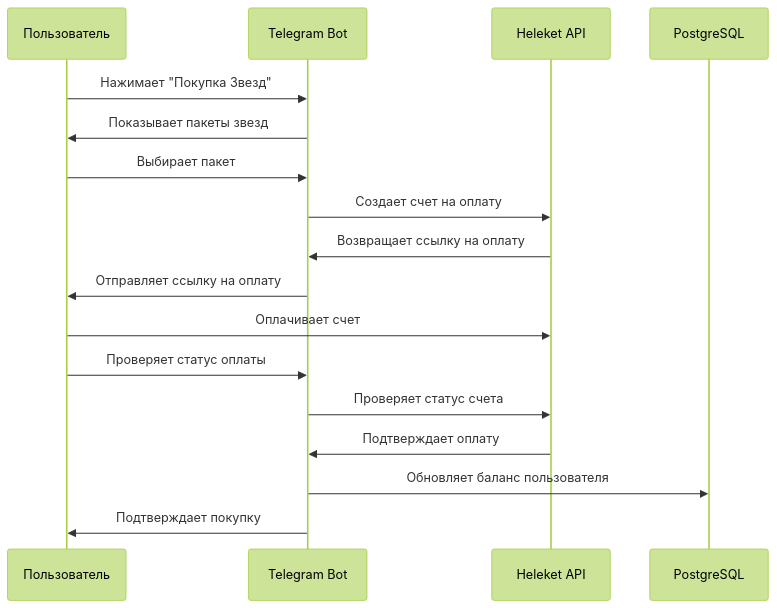
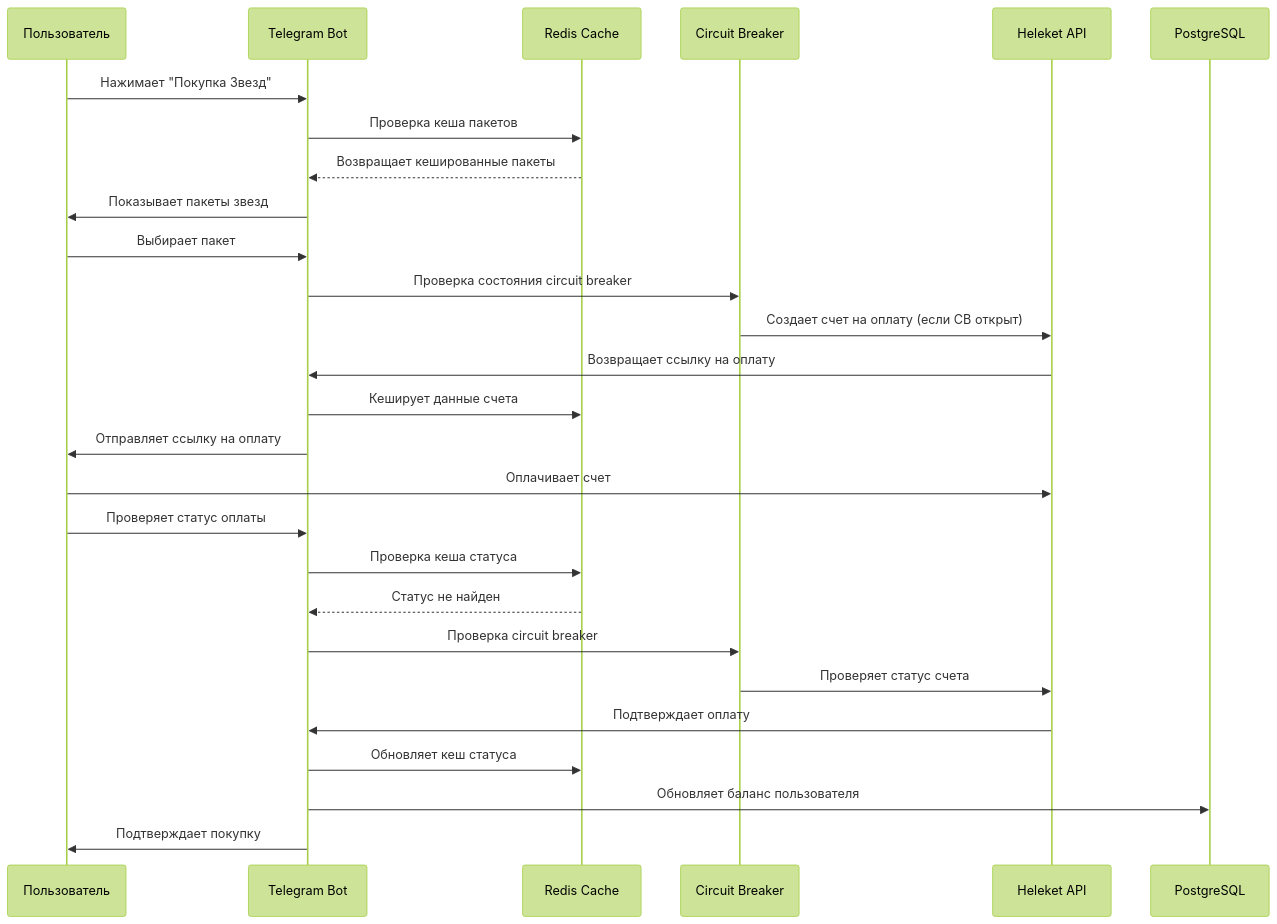
Before and after one commit to neKamita/Mirza-Telegram-Shop-Bot: the third of 3 diagrams in README.md, drawn with Mermaid (forest theme). The commit also changed other lines of this file and 3 other files, not shown here.

````diff
--- a/README.md
+++ b/README.md
@@ -208,20 +312,37 @@
 ```mermaid
 sequenceDiagram
     participant User as Пользователь
     participant Bot as Telegram Bot
+    participant Cache as Redis Cache
+    participant CB as Circuit Breaker
     participant Heleket as Heleket API
     participant DB as PostgreSQL
 
     User->>Bot: Нажимает "Покупка Звезд"
+    Bot->>Cache: Проверка кеша пакетов
+    Cache-->>Bot: Возвращает кешированные пакеты
+
     Bot->>User: Показывает пакеты звезд
     User->>Bot: Выбирает пакет
-    Bot->>Heleket: Создает счет на оплату
+
+    Bot->>CB: Проверка состояния circuit breaker
+    CB->>Heleket: Создает счет на оплату (если CB открыт)
     Heleket->>Bot: Возвращает ссылку на оплату
+
+    Bot->>Cache: Кеширует данные счета
     Bot->>User: Отправляет ссылку на оплату
+
     User->>Heleket: Оплачивает счет
     User->>Bot: Проверяет статус оплаты
-    Bot->>Heleket: Проверяет статус счета
+
+    Bot->>Cache: Проверка кеша статуса
+    Cache-->>Bot: Статус не найден
+
+    Bot->>CB: Проверка circuit breaker
+    CB->>Heleket: Проверяет статус счета
     Heleket->>Bot: Подтверждает оплату
+
+    Bot->>Cache: Обновляет кеш статуса
     Bot->>DB: Обновляет баланс пользователя
     Bot->>User: Подтверждает покупку
 ```
````
